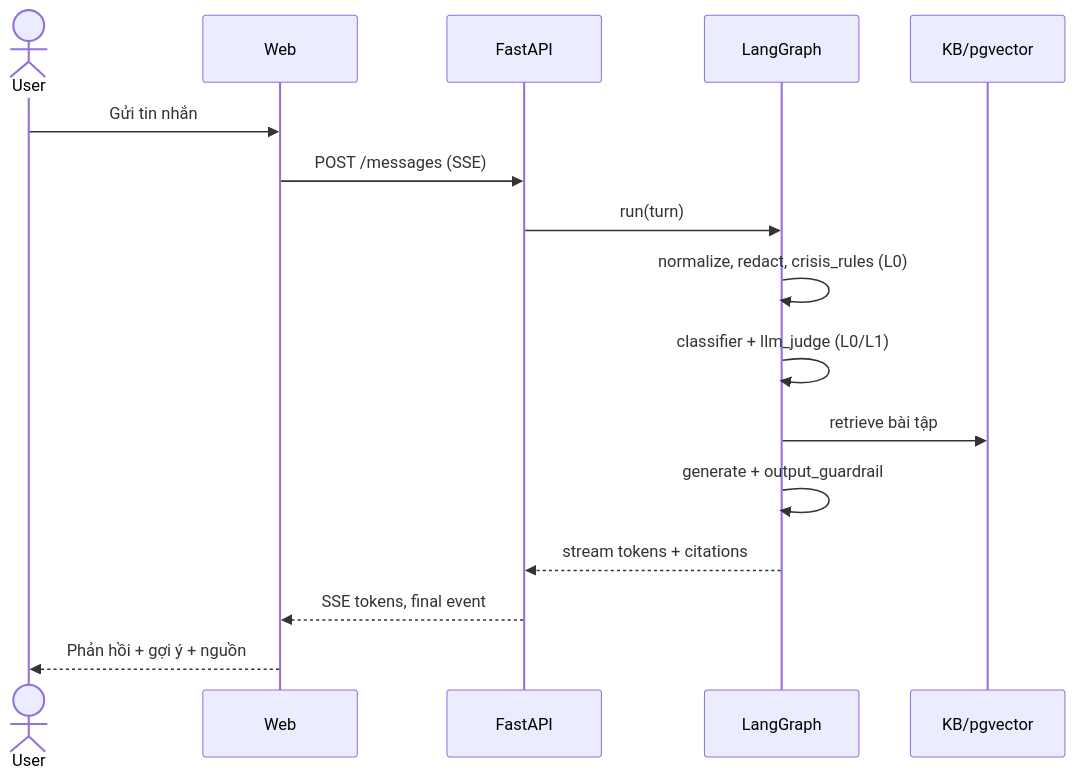
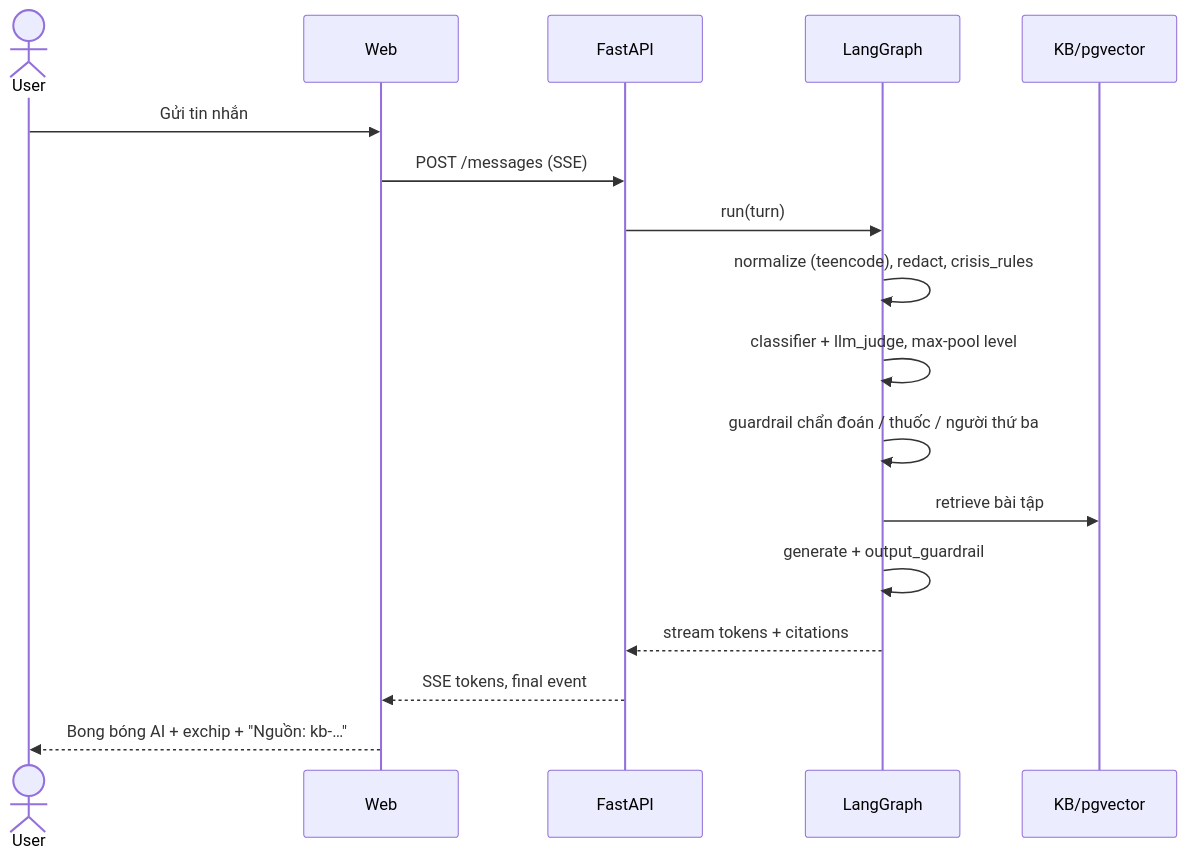
The third of 6 diagrams in docs/03-WIREFRAME-UI-FLOW.md (Quangvu256/demo-buildphase), drawn with Mermaid before and after one commit. The commit also changed other lines of this file and 2 other files, not shown here.

````diff
--- a/docs/03-WIREFRAME-UI-FLOW.md
+++ b/docs/03-WIREFRAME-UI-FLOW.md
@@ -323,18 +461,19 @@
 ```mermaid
 sequenceDiagram
   actor U as User
   participant FE as Web
   participant API as FastAPI
   participant AG as LangGraph
   participant KB as KB/pgvector
   U->>FE: Gửi tin nhắn
   FE->>API: POST /messages (SSE)
   API->>AG: run(turn)
-  AG->>AG: normalize, redact, crisis_rules (L0)
-  AG->>AG: classifier + llm_judge (L0/L1)
+  AG->>AG: normalize (teencode), redact, crisis_rules
+  AG->>AG: classifier + llm_judge, max-pool level
+  AG->>AG: guardrail chẩn đoán / thuốc / người thứ ba
   AG->>KB: retrieve bài tập
   AG->>AG: generate + output_guardrail
   AG-->>API: stream tokens + citations
   API-->>FE: SSE tokens, final event
-  FE-->>U: Phản hồi + gợi ý + nguồn
+  FE-->>U: Bong bóng AI + exchip + "Nguồn: kb-…"
 ```
````
